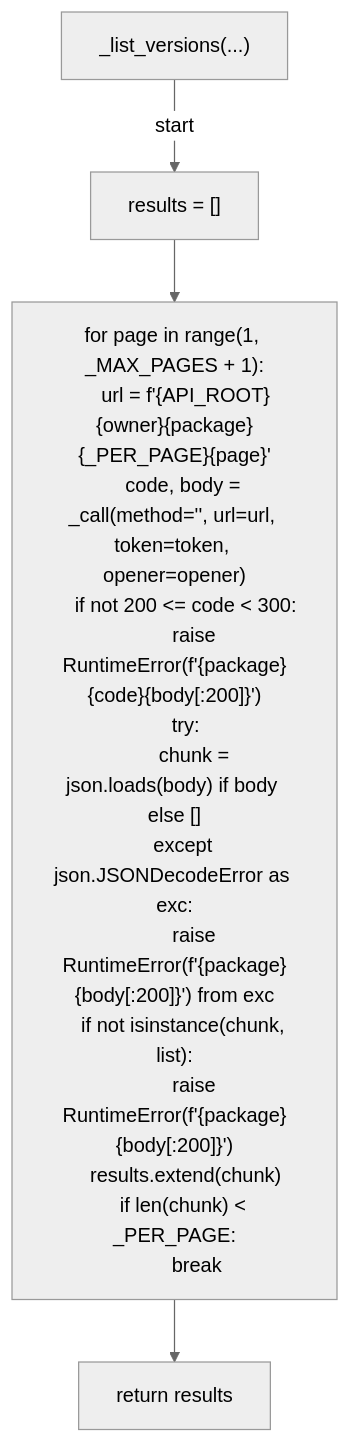
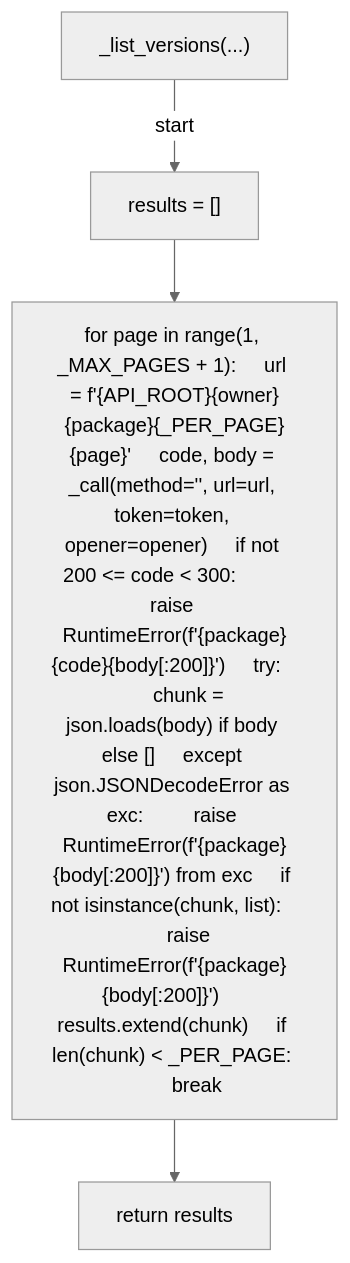
One commit to tvna/claude-md changed the eighth of 13 diagrams in docs/generated/scripts/ast/prune_devcontainer_images.md. Above: the diagram before and after it, drawn with Mermaid (neutral theme). The commit also changed other lines of this file and 29 other files, not shown here.

First line of the commit message:
docs(generated): regenerate decision tree and workflow diagrams (batch 3/5)

````diff
--- a/docs/generated/scripts/ast/prune_devcontainer_images.md
+++ b/docs/generated/scripts/ast/prune_devcontainer_images.md
@@ -135,23 +122,10 @@
 ```mermaid
 flowchart TD
     N001["_list_versions(...)"]
     N002["results = []"]
-    N003["for page in range(1, _MAX_PAGES + 1):
-    url = f'{API_ROOT}<str>{owner}<str>{package}<str>{_PER_PAGE}<str>{page}<str>'
-    code, body = _call(method='<str>', url=url, token=token, opener=opener)
-    if not 200 <= code < 300:
-        raise RuntimeError(f'<str>{package}<str>{code}<str>{body[:200]}')
-    try:
-        chunk = json.loads(body) if body else []
-    except json.JSONDecodeError as exc:
-        raise RuntimeError(f'<str>{package}<str>{body[:200]}') from exc
-    if not isinstance(chunk, list):
-        raise RuntimeError(f'<str>{package}<str>{body[:200]}')
-    results.extend(chunk)
-    if len(chunk) < _PER_PAGE:
-        break"]
+    N003["for page in range(1, _MAX_PAGES + 1):     url = f'{API_ROOT}<str>{owner}<str>{package}<str>{_PER_PAGE}<str>{page}<str>'     code, body = _call(method='<str>', url=url, token=token, opener=opener)     if not 200 <= code < 300:         raise RuntimeError(f'<str>{package}<str>{code}<str>{body[:200]}')     try:         chunk = json.loads(body) if body else []     except json.JSONDecodeError as exc:         raise RuntimeError(f'<str>{package}<str>{body[:200]}') from exc     if not isinstance(chunk, list):         raise RuntimeError(f'<str>{package}<str>{body[:200]}')     results.extend(chunk)     if len(chunk) < _PER_PAGE:         break"]
     N004["return results"]
     N001 -->|"start"| N002
     N002 --> N003
     N003 --> N004
 ```
````
